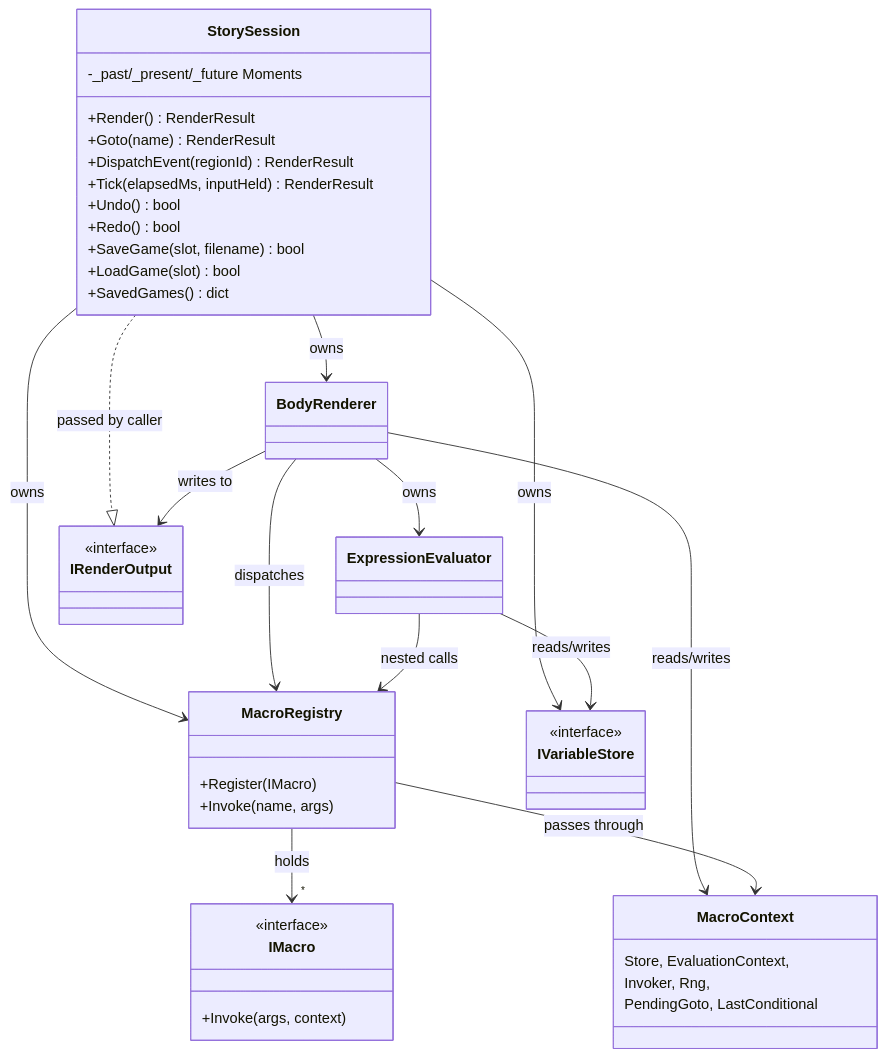
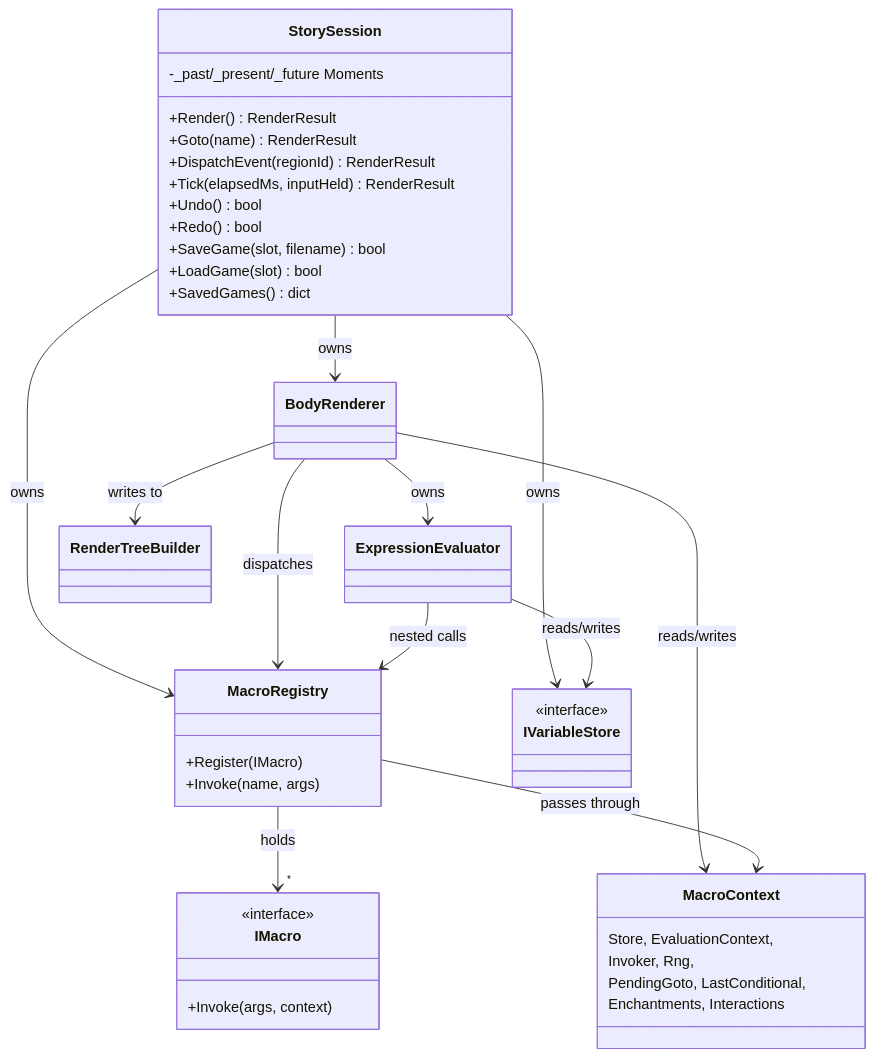
The fourth of 6 diagrams in ARCHITECTURE.md (RaheelYawar/twinelike), drawn with Mermaid before and after one commit. The commit also changed other lines of this file and 222 other files, not shown here.

````diff
--- a/ARCHITECTURE.md
+++ b/ARCHITECTURE.md
@@ -261,49 +296,47 @@
 ```mermaid
 classDiagram
   class StorySession {
     +Render() RenderResult
     +Goto(name) RenderResult
     +DispatchEvent(regionId) RenderResult
     +Tick(elapsedMs, inputHeld) RenderResult
     +Undo() bool
     +Redo() bool
     +SaveGame(slot, filename) bool
     +LoadGame(slot) bool
     +SavedGames() dict
     -_past/_present/_future Moments
   }
   class BodyRenderer
   class ExpressionEvaluator
   class MacroRegistry {
     +Register(IMacro)
     +Invoke(name, args)
   }
-  class IRenderOutput {
-    <<interface>>
-  }
+  class RenderTreeBuilder
   class IVariableStore {
     <<interface>>
   }
   class MacroContext {
     Store, EvaluationContext,
     Invoker, Rng,
-    PendingGoto, LastConditional
+    PendingGoto, LastConditional,
+    Enchantments, Interactions
   }
   class IMacro {
     <<interface>>
     +Invoke(args, context)
   }
 
   StorySession --> BodyRenderer : owns
   StorySession --> MacroRegistry : owns
   StorySession --> IVariableStore : owns
-  StorySession ..|> IRenderOutput : passed by caller
   BodyRenderer --> ExpressionEvaluator : owns
-  BodyRenderer --> IRenderOutput : writes to
+  BodyRenderer --> RenderTreeBuilder : writes to
   BodyRenderer --> MacroRegistry : dispatches
   BodyRenderer --> MacroContext : reads/writes
   ExpressionEvaluator --> IVariableStore : reads/writes
   ExpressionEvaluator --> MacroRegistry : nested calls
   MacroRegistry --> "*" IMacro : holds
   MacroRegistry --> MacroContext : passes through
 ```
````
